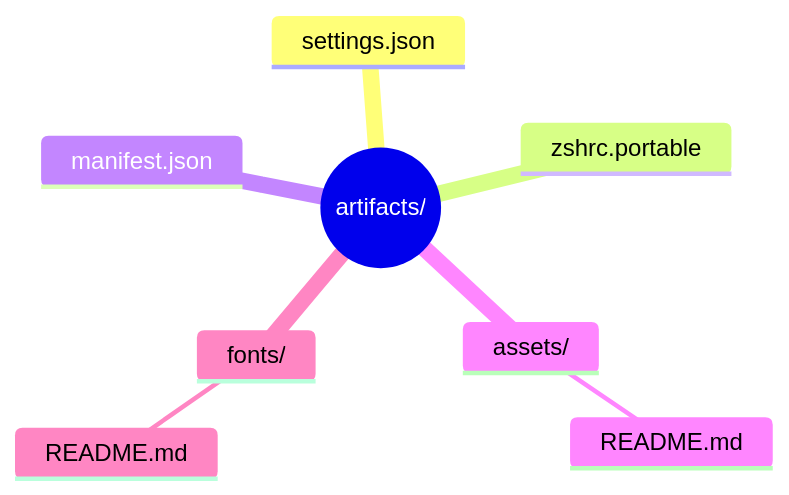
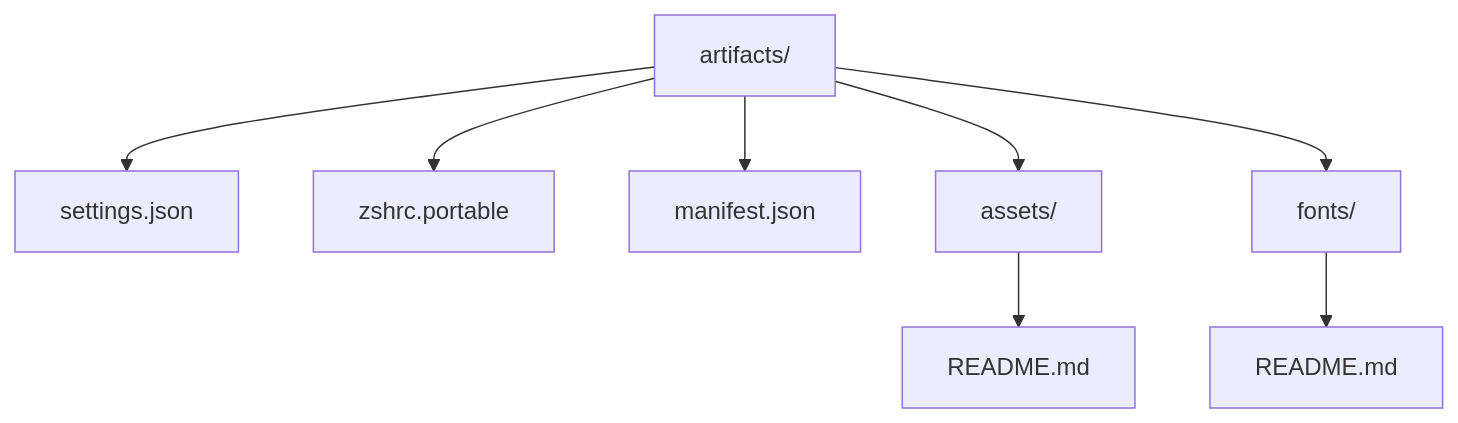
The sixth of 14 diagrams in docs/Inventory/Omniforge-Inventory.md (Runndownn/Omniforge), drawn with Mermaid before and after one commit. The commit also changed other lines of this file and 5 other files, not shown here.

````diff
--- a/docs/Inventory/Omniforge-Inventory.md
+++ b/docs/Inventory/Omniforge-Inventory.md
@@ -278,11 +277,10 @@
 ```mermaid
-mindmap
-    root((artifacts/))
-        settings.json
-        zshrc.portable
-        manifest.json
-        assets/
-            README.md
-        fonts/
-            README.md
+flowchart TD
+    ART[artifacts/] --> ART_SETTINGS[settings.json]
+    ART --> ART_ZSH[zshrc.portable]
+    ART --> ART_MANIFEST[manifest.json]
+    ART --> ART_ASSETS[assets/]
+    ART_ASSETS --> ART_ASSETS_README[README.md]
+    ART --> ART_FONTS[fonts/]
+    ART_FONTS --> ART_FONTS_README[README.md]
 ```
````
